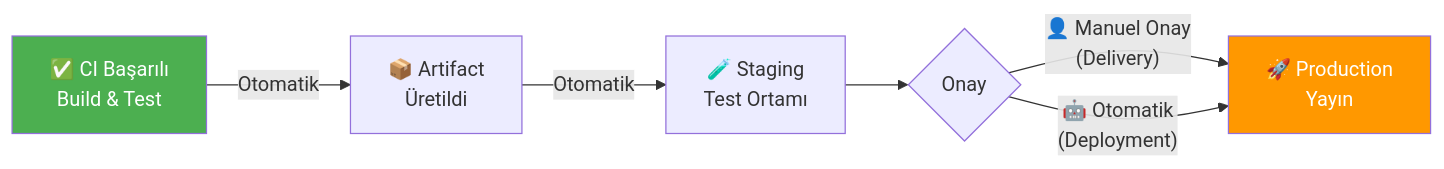
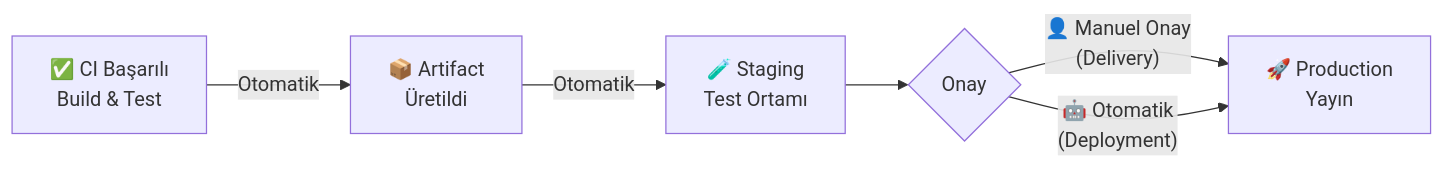
Before and after one commit to serkanMzlm/MechatronicsNotebook: the third of 4 diagrams in tech_notebook/docs/md/programming/compiler.md, drawn with Mermaid. The commit also changed other lines of this file and 2 other files, not shown here.

````diff
--- a/tech_notebook/docs/md/programming/compiler.md
+++ b/tech_notebook/docs/md/programming/compiler.md
@@ -555,11 +393,8 @@
 ```mermaid
 graph LR
     A["✅ CI Başarılı\nBuild & Test"] -->|"Otomatik"| B["📦 Artifact\nÜretildi"]
     B -->|"Otomatik"| C["🧪 Staging\nTest Ortamı"]
     C --> D{Onay}
     D -->|"👤 Manuel Onay\n(Delivery)"| E["🚀 Production\nYayın"]
     D -->|"🤖 Otomatik\n(Deployment)"| E
-
-    style A fill:#4CAF50,color:#fff
-    style E fill:#FF9800,color:#fff
 ```
````
